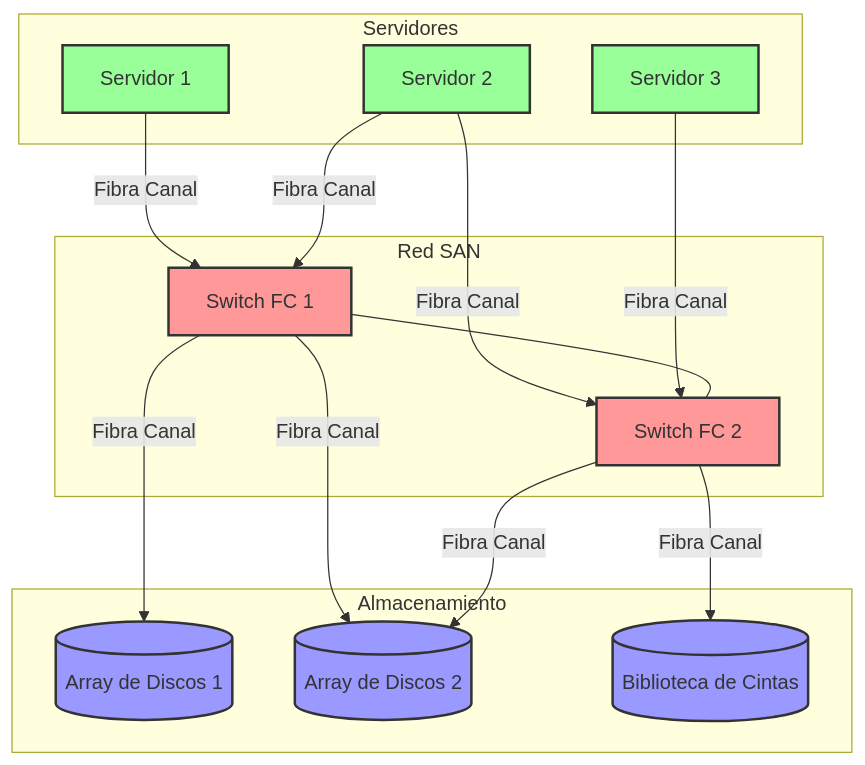
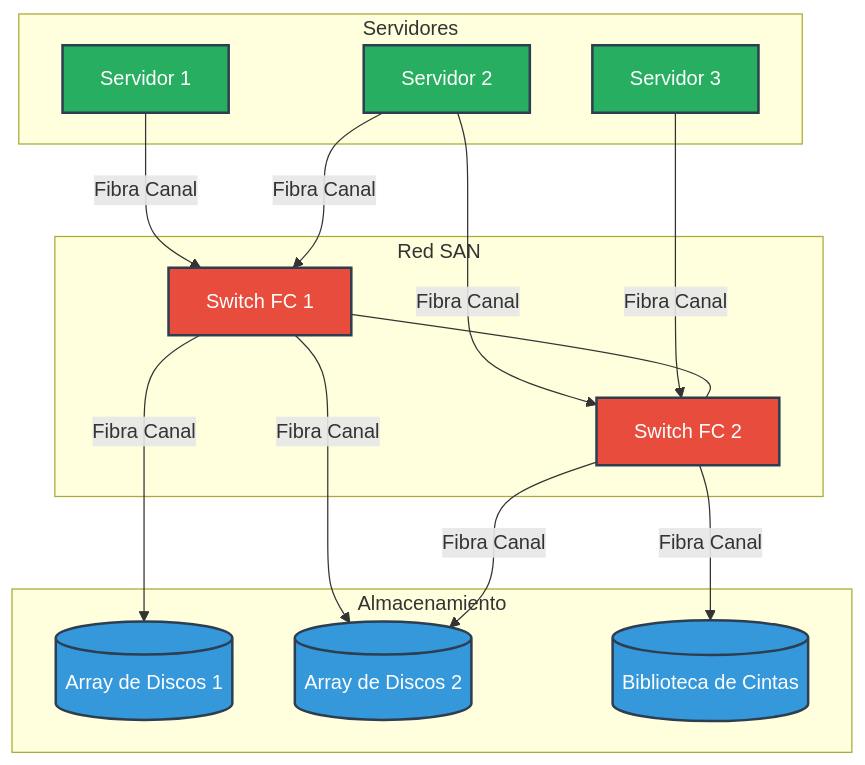
Before and after one commit to ulysses-ck/grupo-redes-ifts-2025: the third of 21 diagrams in tps/tp1.md, drawn with Mermaid. The commit also changed other lines of this file, not shown here.

Commit message:
style: update diagram colors for improved visual consistency across network representations

````diff
--- a/tps/tp1.md
+++ b/tps/tp1.md
@@ -188,40 +188,40 @@
 ```mermaid
 graph TD
     subgraph "Servidores"
         S1[Servidor 1]
         S2[Servidor 2]
         S3[Servidor 3]
     end
     
     subgraph "Red SAN"
         SW1[Switch FC 1]
         SW2[Switch FC 2]
     end
     
     subgraph "Almacenamiento"
         ST1[(Array de Discos 1)]
         ST2[(Array de Discos 2)]
         ST3[(Biblioteca de Cintas)]
     end
     
     S1 -->|"Fibra Canal"| SW1
     S2 -->|"Fibra Canal"| SW1
     S2 -->|"Fibra Canal"| SW2
     S3 -->|"Fibra Canal"| SW2
     
     SW1 --- SW2
     
     SW1 -->|"Fibra Canal"| ST1
     SW1 -->|"Fibra Canal"| ST2
     SW2 -->|"Fibra Canal"| ST2
     SW2 -->|"Fibra Canal"| ST3
     
-    style S1 fill:#99ff99,stroke:#333,stroke-width:2px
-    style S2 fill:#99ff99,stroke:#333,stroke-width:2px
-    style S3 fill:#99ff99,stroke:#333,stroke-width:2px
-    style SW1 fill:#ff9999,stroke:#333,stroke-width:2px
-    style SW2 fill:#ff9999,stroke:#333,stroke-width:2px
-    style ST1 fill:#9999ff,stroke:#333,stroke-width:2px
-    style ST2 fill:#9999ff,stroke:#333,stroke-width:2px
-    style ST3 fill:#9999ff,stroke:#333,stroke-width:2px
+    style S1 fill:#27ae60,stroke:#2c3e50,stroke-width:2px,color:#FFFFFF
+    style S2 fill:#27ae60,stroke:#2c3e50,stroke-width:2px,color:#FFFFFF
+    style S3 fill:#27ae60,stroke:#2c3e50,stroke-width:2px,color:#FFFFFF
+    style SW1 fill:#e74c3c,stroke:#2c3e50,stroke-width:2px,color:#FFFFFF
+    style SW2 fill:#e74c3c,stroke:#2c3e50,stroke-width:2px,color:#FFFFFF
+    style ST1 fill:#3498db,stroke:#2c3e50,stroke-width:2px,color:#FFFFFF
+    style ST2 fill:#3498db,stroke:#2c3e50,stroke-width:2px,color:#FFFFFF
+    style ST3 fill:#3498db,stroke:#2c3e50,stroke-width:2px,color:#FFFFFF
 ```
````
